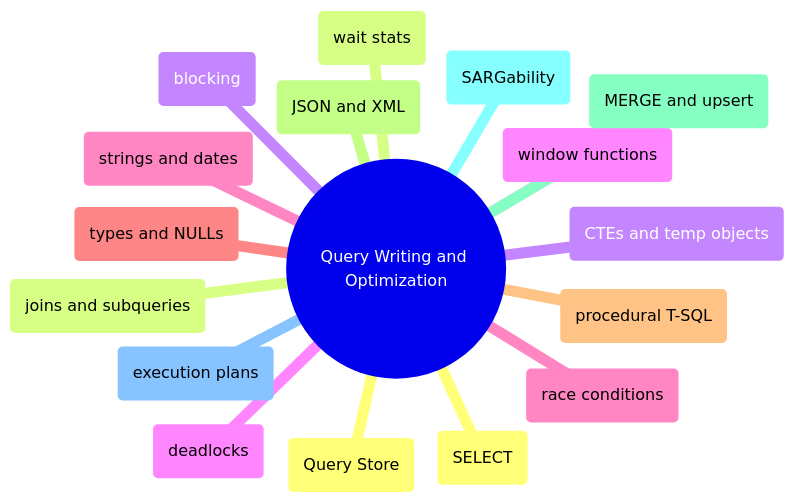
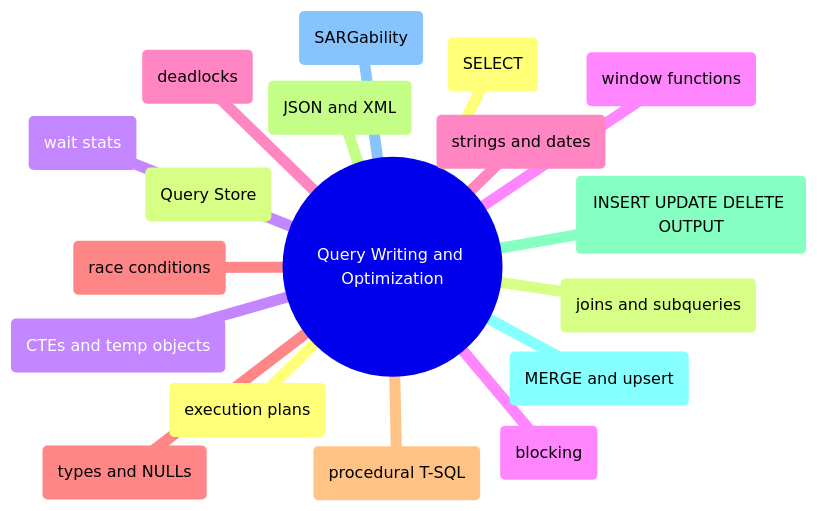
One commit to alp78/elysium changed the diagram in content/04-SQL-Server/Domains/domain-query-writing-and-optimization.md. Above: the diagram before and after it, drawn with Mermaid. The commit also changed other lines of this file and 414 other files, not shown here.

````diff
--- a/content/04-SQL-Server/Domains/domain-query-writing-and-optimization.md
+++ b/content/04-SQL-Server/Domains/domain-query-writing-and-optimization.md
@@ -13,20 +13,21 @@
 ```mermaid
 mindmap
   ((Query Writing and Optimization))
     (SELECT)
     (joins and subqueries)
     (CTEs and temp objects)
     (window functions)
     (strings and dates)
     (types and NULLs)
     (procedural T-SQL)
     (JSON and XML)
+    (INSERT UPDATE DELETE OUTPUT)
     (MERGE and upsert)
     (SARGability)
     (execution plans)
     (Query Store)
     (wait stats)
     (blocking)
     (deadlocks)
     (race conditions)
 ```
````
